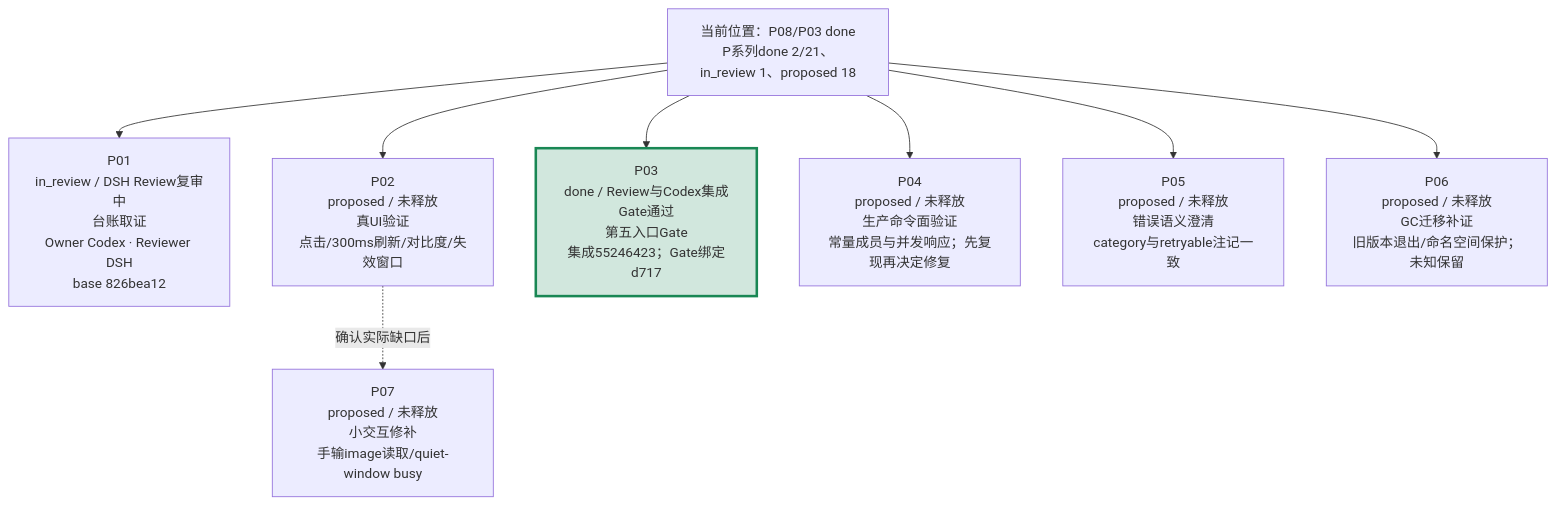
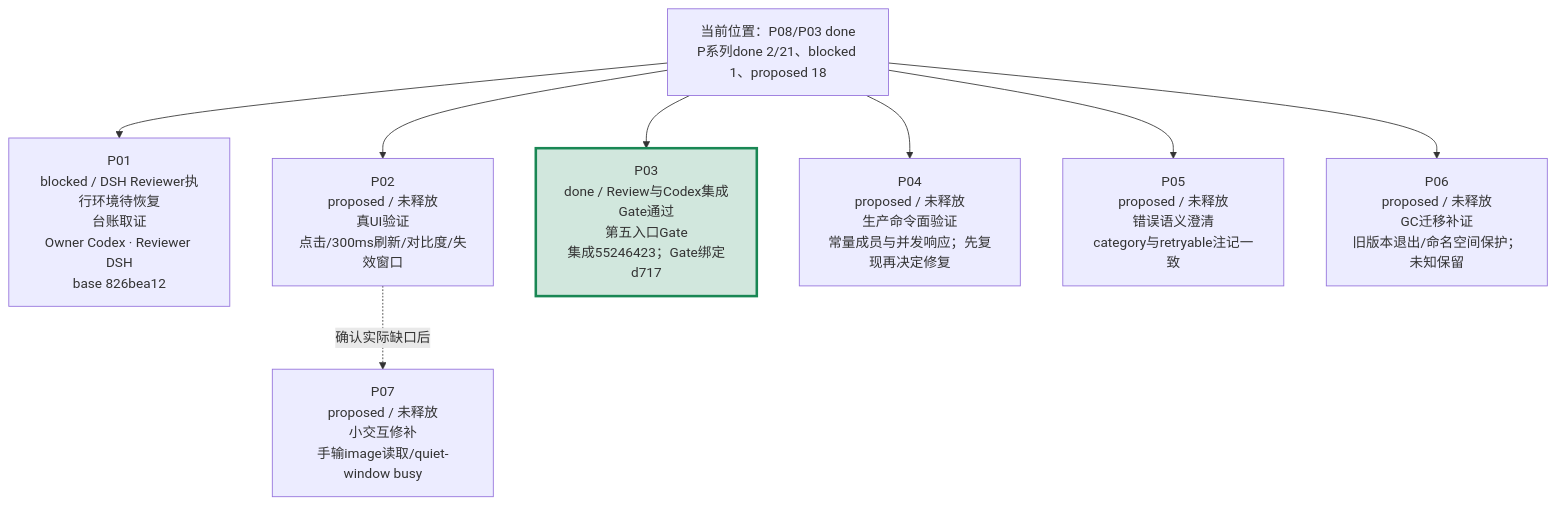
The second of 4 diagrams in verification/PROJECT-ROADMAP-20261008/ROADMAP.md (peakwheat-pixel/New-Manga), drawn with Mermaid before and after one commit. The commit also changed other lines of this file and 16 other files, not shown here.

Commit message:
docs(p01): checkpoint blocked r2 review

````diff
--- a/verification/PROJECT-ROADMAP-20261008/ROADMAP.md
+++ b/verification/PROJECT-ROADMAP-20261008/ROADMAP.md
@@ -30,11 +30,11 @@
 ```mermaid
 flowchart TB
-  BASE["当前位置：P08/P03 done<br/>P系列done 2/21、in_review 1、proposed 18"] --> P01["P01<br/>in_review / DSH Review复审中<br/>台账取证<br/>Owner Codex · Reviewer DSH<br/>base 826bea12"]
+  BASE["当前位置：P08/P03 done<br/>P系列done 2/21、blocked 1、proposed 18"] --> P01["P01<br/>blocked / DSH Reviewer执行环境待恢复<br/>台账取证<br/>Owner Codex · Reviewer DSH<br/>base 826bea12"]
   BASE --> P02["P02<br/>proposed / 未释放<br/>真UI验证<br/>点击/300ms刷新/对比度/失效窗口"]
   BASE --> P03["P03<br/>done / Review与Codex集成Gate通过<br/>第五入口Gate<br/>集成55246423；Gate绑定d717"]
   BASE --> P04["P04<br/>proposed / 未释放<br/>生产命令面验证<br/>常量成员与并发响应；先复现再决定修复"]
   BASE --> P05["P05<br/>proposed / 未释放<br/>错误语义澄清<br/>category与retryable注记一致"]
   BASE --> P06["P06<br/>proposed / 未释放<br/>GC迁移补证<br/>旧版本退出/命名空间保护；未知保留"]
   P02 -. "确认实际缺口后" .-> P07["P07<br/>proposed / 未释放<br/>小交互修补<br/>手输image读取/quiet-window busy"]
   style P03 fill:#d1e7dd,stroke:#198754,stroke-width:3px
 ```
````
